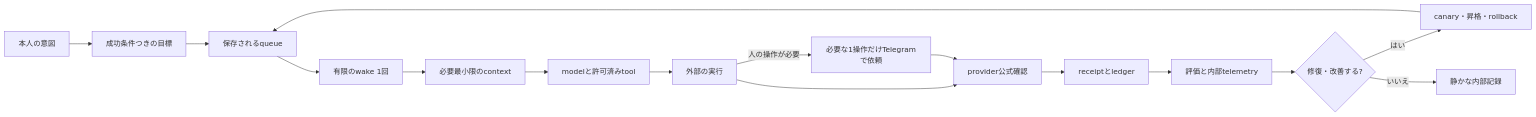
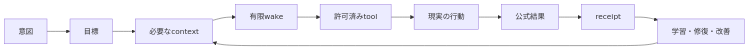
One commit to Daisuke134/life-manager changed the diagram in README.ja.md. Above: the diagram before and after it, drawn with Mermaid. The commit also changed other lines of this file and 2 other files, not shown here.

````diff
--- a/README.ja.md
+++ b/README.ja.md
@@ -39,18 +39,12 @@
 ```mermaid
 flowchart LR
-    I[本人の意図] --> G[成功条件つきの目標]
-    G --> Q[保存されるqueue]
-    Q --> W[有限のwake 1回]
-    W --> C[必要最小限のcontext]
-    C --> T[modelと許可済みtool]
-    T --> E[外部の実行]
-    E --> R[provider公式確認]
-    R --> L[receiptとledger]
-    L --> V[評価と内部telemetry]
-    V --> H{修復・改善する?}
-    H -->|はい| P[canary・昇格・rollback]
-    P --> Q
-    H -->|いいえ| N[静かな内部記録]
-    E -->|人の操作が必要| U[必要な1操作だけTelegramで依頼]
-    U --> R
+  A[意図] --> B[目標]
+  B --> C[必要なcontext]
+  C --> D[有限wake]
+  D --> E[許可済みtool]
+  E --> F[現実の行動]
+  F --> G[公式結果]
+  G --> H[receipt]
+  H --> I[学習・修復・改善]
+  I --> C
 ```
````
